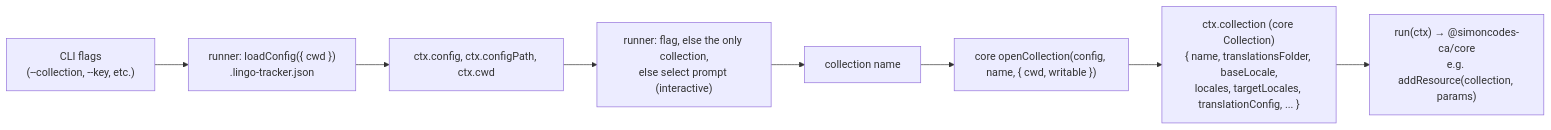
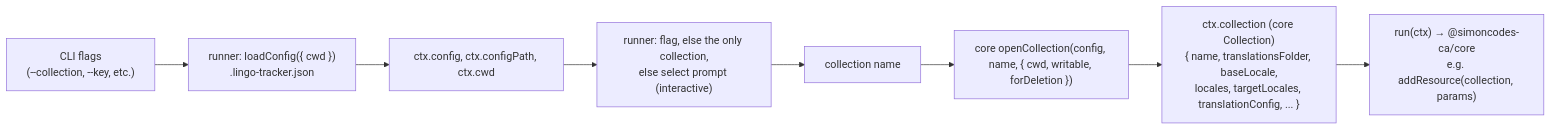
One commit to SimonNodel-AI/lingo-tracker changed the second of 2 diagrams in architecture-docs/cli.md. Above: the diagram before and after it, drawn with Mermaid. The commit also changed other lines of this file and 59 other files, not shown here.

````diff
--- a/architecture-docs/cli.md
+++ b/architecture-docs/cli.md
@@ -366,10 +364,10 @@
 ```mermaid
 flowchart LR
     FLAGS["CLI flags\n(--collection, --key, etc.)"] --> LOAD["runner: loadConfig({ cwd })\n.lingo-tracker.json"]
     LOAD --> GETCONFIG["ctx.config, ctx.configPath, ctx.cwd"]
     GETCONFIG --> SELECT["runner: flag, else the only collection,\nelse select prompt (interactive)"]
     SELECT --> NAME["collection name"]
-    NAME --> OPEN["core openCollection(config, name, { cwd, writable })"]
+    NAME --> OPEN["core openCollection(config, name, { cwd, writable, forDeletion })"]
     OPEN --> RESOLVED["ctx.collection (core Collection)\n{ name, translationsFolder, baseLocale,\nlocales, targetLocales, translationConfig, ... }"]
     RESOLVED --> CORE["run(ctx) → @simoncodes-ca/core\ne.g. addResource(collection, params)"]
 ```
````
